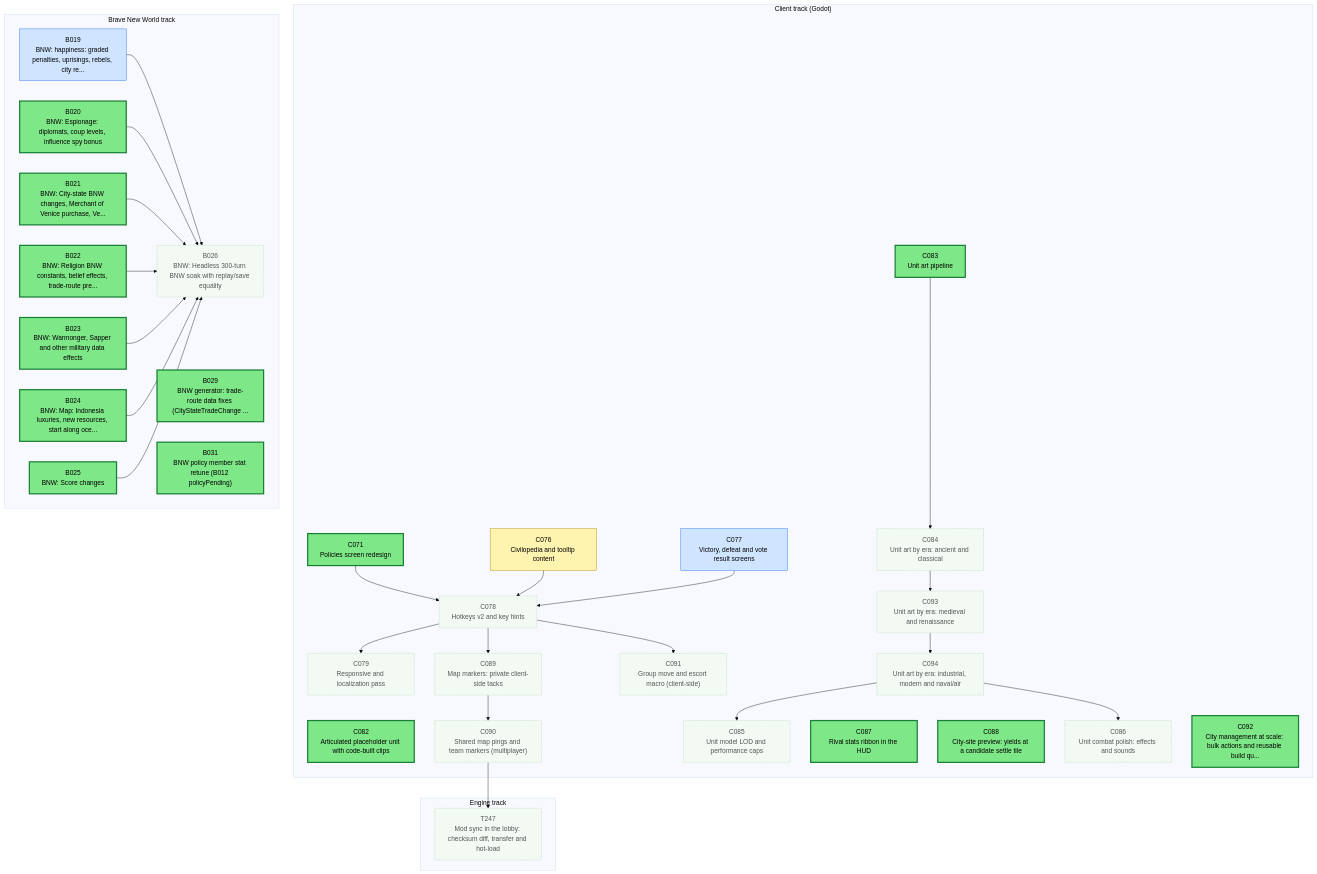
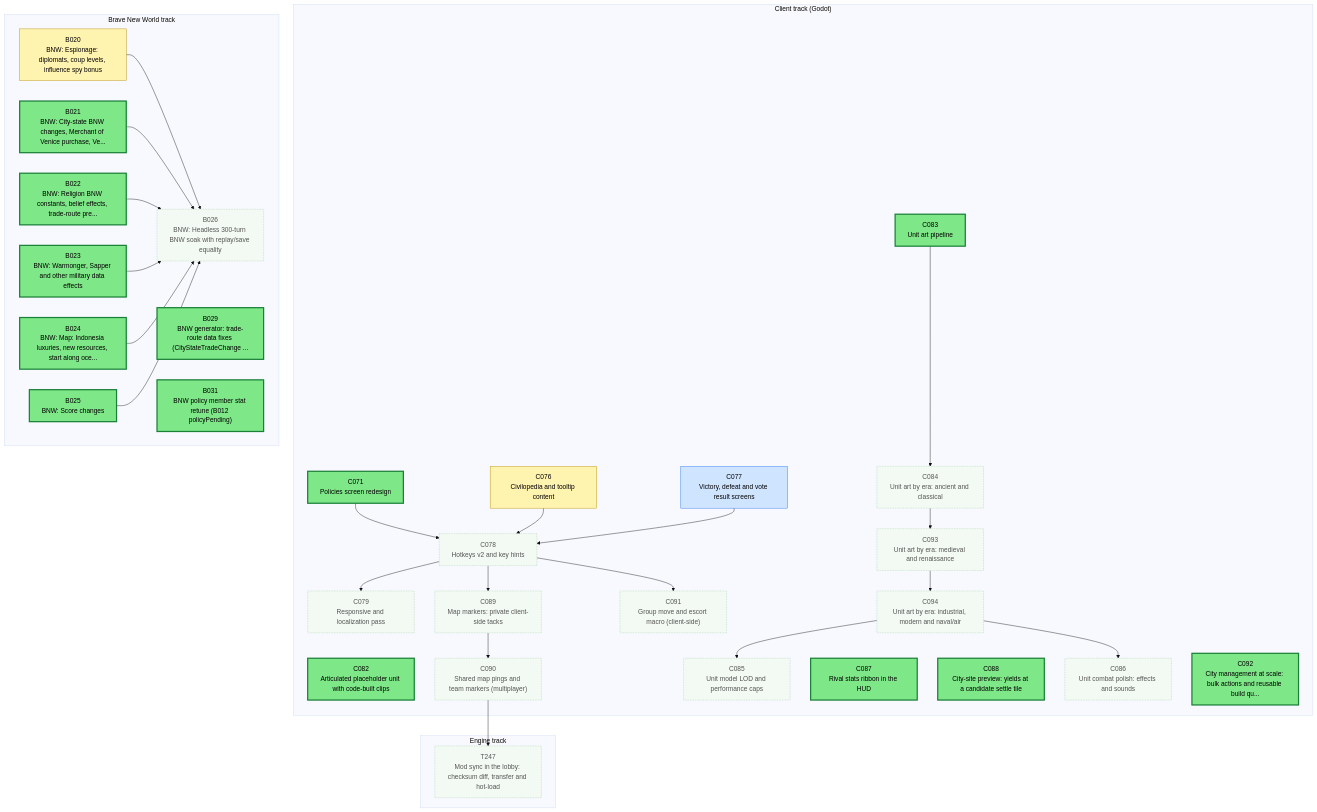
Before and after one commit to Kenmura/Unciv: the first of 3 diagrams in csharp/migration/DEPENDENCY_MAP.md, drawn with Mermaid (base theme). The commit also changed other lines of this file and 1 other file, not shown here.

Commit message:
migration: C077 -> In-Review [Claude]

```diff
--- a/csharp/migration/DEPENDENCY_MAP.md
+++ b/csharp/migration/DEPENDENCY_MAP.md
@@ -48,7 +48,6 @@
     C094["C094<br/>Unit art by era: industrial, modern and naval/air"]
   end
   subgraph BTRACK["Brave New World track"]
-    B019["B019<br/>BNW: happiness: graded penalties, uprisings, rebels, city re..."]
     B020["B020<br/>BNW: Espionage: diplomats, coup levels, influence spy bonus"]
     B021["B021<br/>BNW: City-state BNW changes, Merchant of Venice purchase, Ve..."]
     B022["B022<br/>BNW: Religion BNW constants, belief effects, trade-route pre..."]
@@ -72,7 +71,6 @@
   C078 --> C091
   C084 --> C093
   C093 --> C094
-  B019 --> B026
   B020 --> B026
   B021 --> B026
   B022 --> B026
@@ -86,8 +84,7 @@
   classDef review fill:#cfe4ff,stroke:#1f6feb,color:#000
   classDef blocked fill:#ffd6d6,stroke:#c62828,color:#000
   classDef done fill:#eeeeee,stroke:#999999,color:#666,stroke-dasharray:4 3
-  class B019 review
-  class B020 ready
+  class B020 prog
   class B021 ready
   class B022 ready
   class B023 ready
```
